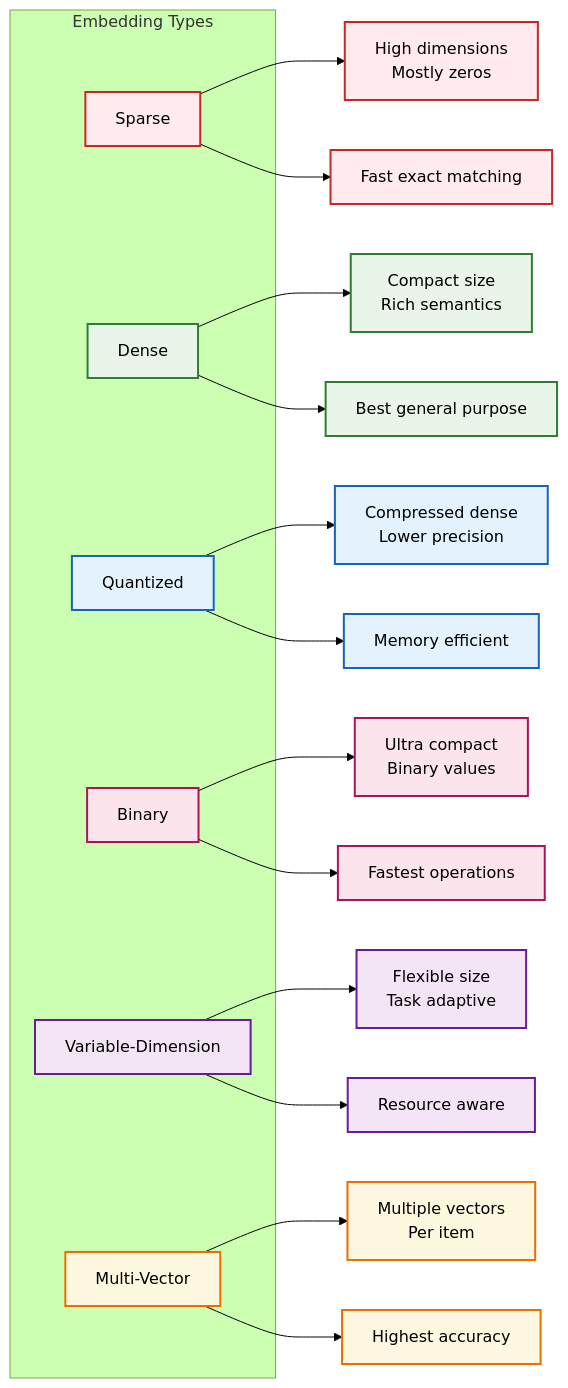
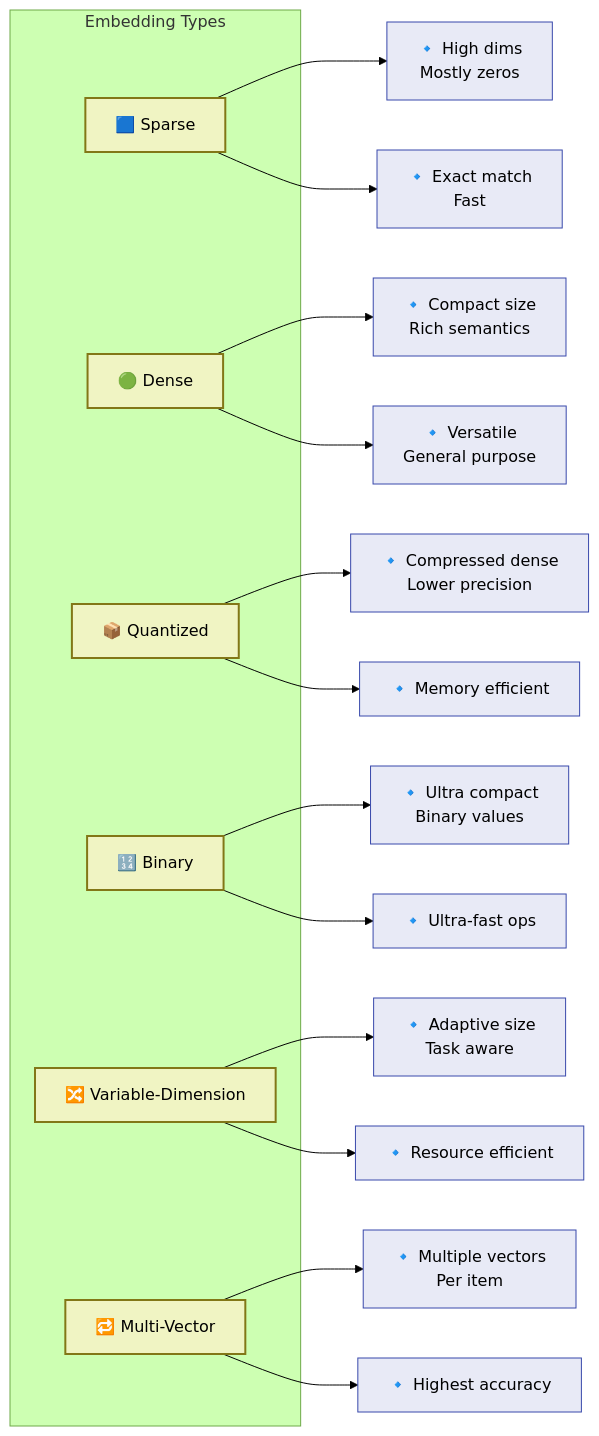
The second of 2 diagrams in 32_embeddings/01_introduction.md (raphaelmansuy/tutorials), drawn with Mermaid (forest theme) before and after one commit. The commit also changed other lines of this file and 6 other files, not shown here.

````diff
--- a/32_embeddings/01_introduction.md
+++ b/32_embeddings/01_introduction.md
@@ -186,37 +182,29 @@
 ```mermaid
 flowchart LR
     subgraph "Embedding Types"
-        B[Sparse]
-        C[Dense]
-        D[Quantized]
-        E[Binary]
-        F[Variable-Dimension]
-        G[Multi-Vector]
+        Sparse[🟦 Sparse]
+        Dense[🟢 Dense]
+        Quantized[📦 Quantized]
+        Binary[🔢 Binary]
+        VarDim[🔀 Variable-Dimension]
+        MultiVec[🔁 Multi-Vector]
     end
-    B --> B1[High dimensions\nMostly zeros]
-    B --> B2[Fast exact matching]
-    C --> C1[Compact size\nRich semantics]
-    C --> C2[Best general purpose]
-    D --> D1[Compressed dense\nLower precision]
-    D --> D2[Memory efficient]
-    E --> E1[Ultra compact\nBinary values]
-    E --> E2[Fastest operations]
-    F --> F1[Flexible size\nTask adaptive]
-    F --> F2[Resource aware]
-    G --> G1[Multiple vectors\nPer item]
-    G --> G2[Highest accuracy]
+    Sparse --> SparseInfo1[🔹 High dims<br/>Mostly zeros]
+    Sparse --> SparseInfo2[🔹 Exact match<br/>Fast]
+    Dense --> DenseInfo1[🔹 Compact size<br/>Rich semantics]
+    Dense --> DenseInfo2[🔹 Versatile<br/>General purpose]
+    Quantized --> QuantInfo1[🔹 Compressed dense<br/>Lower precision]
+    Quantized --> QuantInfo2[🔹 Memory efficient]
+    Binary --> BinaryInfo1[🔹 Ultra compact<br/>Binary values]
+    Binary --> BinaryInfo2[🔹 Ultra-fast ops]
+    VarDim --> VarInfo1[🔹 Adaptive size<br/>Task aware]
+    VarDim --> VarInfo2[🔹 Resource efficient]
+    MultiVec --> MultiInfo1[🔹 Multiple vectors<br/>Per item]
+    MultiVec --> MultiInfo2[🔹 Highest accuracy]
 
     %% Styles
-    classDef sparse fill:#ffebee,stroke:#c62828,stroke-width:2px,color:#000;
-    classDef dense fill:#e8f5e8,stroke:#2e7d32,stroke-width:2px,color:#000;
-    classDef quant fill:#e3f2fd,stroke:#1565c0,stroke-width:2px,color:#000;
-    classDef binary fill:#fce4ec,stroke:#ad1457,stroke-width:2px,color:#000;
-    classDef var fill:#f3e5f5,stroke:#6a1b9a,stroke-width:2px,color:#000;
-    classDef multi fill:#fff8e1,stroke:#ef6c00,stroke-width:2px,color:#000;
-    class B,B1,B2 sparse;
-    class C,C1,C2 dense;
-    class D,D1,D2 quant;
-    class E,E1,E2 binary;
-    class F,F1,F2 var;
-    class G,G1,G2 multi;
-```
+    classDef type fill:#f0f4c3,stroke:#827717,stroke-width:2px,color:#000;
+    classDef info fill:#e8eaf6,stroke:#3949ab,stroke-width:1px,color:#000;
+    class Sparse,Dense,Quantized,Binary,VarDim,MultiVec type;
+    class SparseInfo1,SparseInfo2,DenseInfo1,DenseInfo2,QuantInfo1,QuantInfo2,BinaryInfo1,BinaryInfo2,VarInfo1,VarInfo2,MultiInfo1,MultiInfo2 info;
+``` 
````
